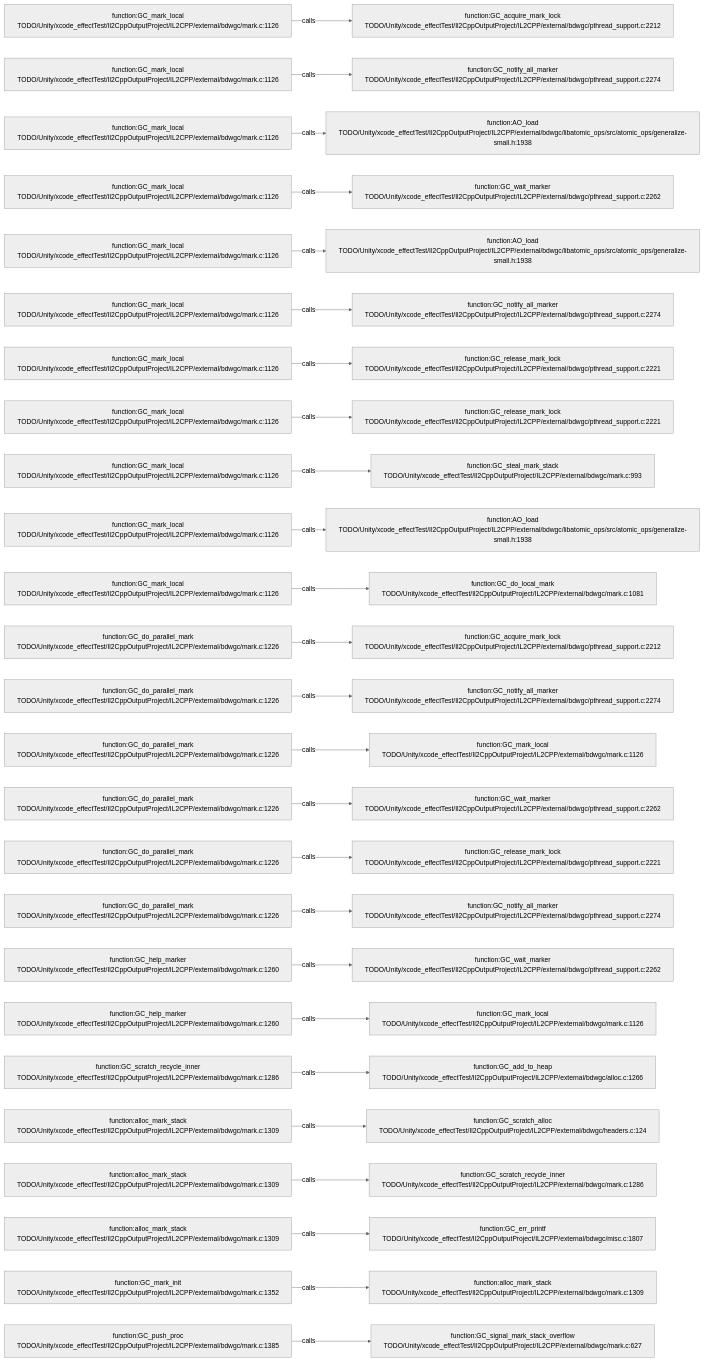
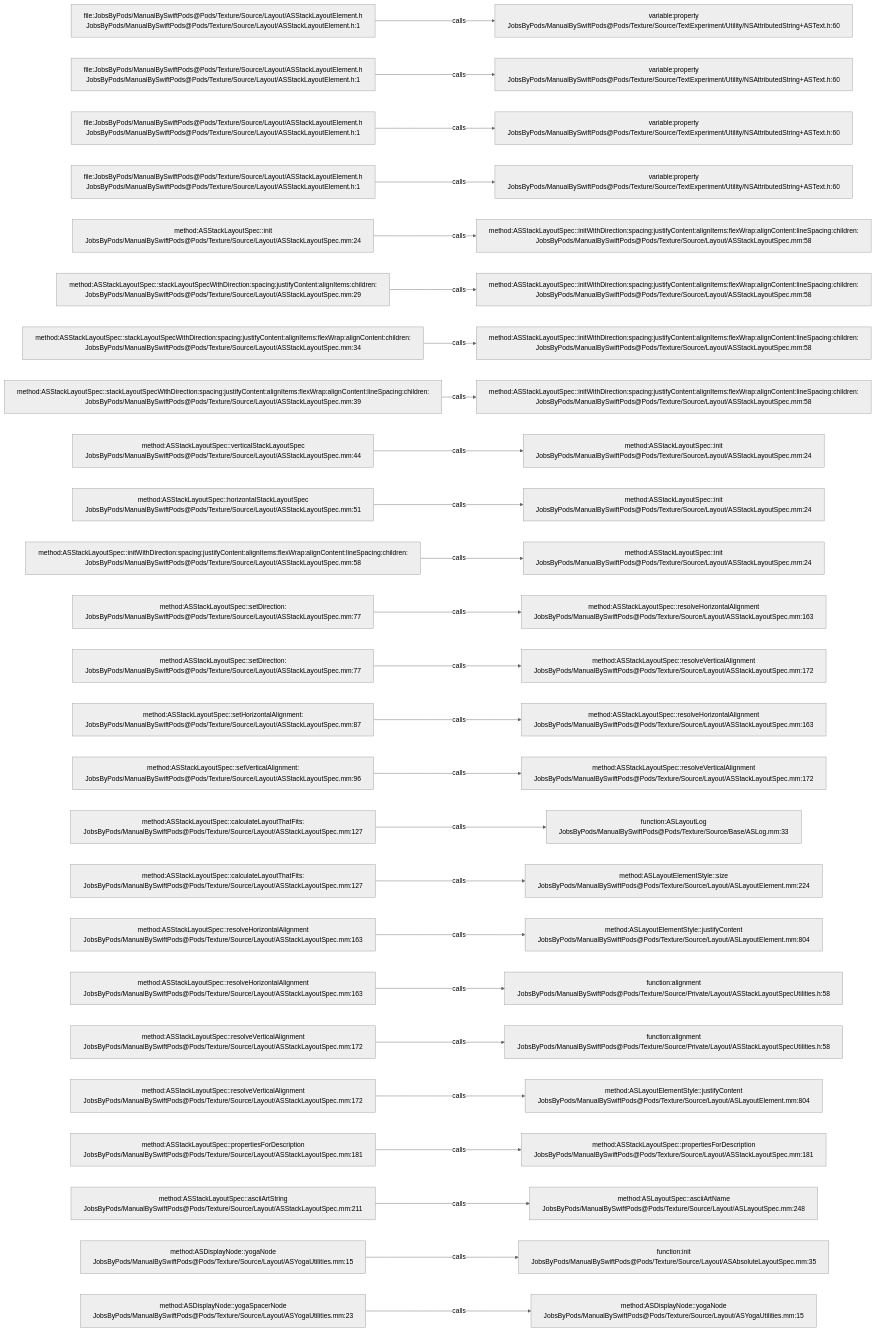
Before and after one commit to JobsKits/JobsSwiftBaseConfigDemo: the diagram in .codegraph/codegraph.md/graphs/calls-132.md, drawn with Mermaid (neutral theme). The commit also changed 2959 other files, not shown here.

````diff
--- a/.codegraph/codegraph.md/graphs/calls-132.md
+++ b/.codegraph/codegraph.md/graphs/calls-132.md
@@ -13,78 +13,78 @@
 ```mermaid
 flowchart LR
-  S1["function:GC_mark_local<br/>TODO/Unity/xcode_effectTest/Il2CppOutputProject/IL2CPP/external/bdwgc/mark.c:1126"]
-  T1["function:GC_acquire_mark_lock<br/>TODO/Unity/xcode_effectTest/Il2CppOutputProject/IL2CPP/external/bdwgc/pthread_support.c:2212"]
+  S1["file:JobsByPods/ManualBySwiftPods@Pods/Texture/Source/Layout/ASStackLayoutElement.h<br/>JobsByPods/ManualBySwiftPods@Pods/Texture/Source/Layout/ASStackLayoutElement.h:1"]
+  T1["variable:property<br/>JobsByPods/ManualBySwiftPods@Pods/Texture/Source/TextExperiment/Utility/NSAttributedString+ASText.h:60"]
   S1 -->|calls| T1
-  S2["function:GC_mark_local<br/>TODO/Unity/xcode_effectTest/Il2CppOutputProject/IL2CPP/external/bdwgc/mark.c:1126"]
-  T2["function:GC_notify_all_marker<br/>TODO/Unity/xcode_effectTest/Il2CppOutputProject/IL2CPP/external/bdwgc/pthread_support.c:2274"]
+  S2["file:JobsByPods/ManualBySwiftPods@Pods/Texture/Source/Layout/ASStackLayoutElement.h<br/>JobsByPods/ManualBySwiftPods@Pods/Texture/Source/Layout/ASStackLayoutElement.h:1"]
+  T2["variable:property<br/>JobsByPods/ManualBySwiftPods@Pods/Texture/Source/TextExperiment/Utility/NSAttributedString+ASText.h:60"]
   S2 -->|calls| T2
-  S3["function:GC_mark_local<br/>TODO/Unity/xcode_effectTest/Il2CppOutputProject/IL2CPP/external/bdwgc/mark.c:1126"]
-  T3["function:AO_load<br/>TODO/Unity/xcode_effectTest/Il2CppOutputProject/IL2CPP/external/bdwgc/libatomic_ops/src/atomic_ops/generalize-small.h:1938"]
+  S3["file:JobsByPods/ManualBySwiftPods@Pods/Texture/Source/Layout/ASStackLayoutElement.h<br/>JobsByPods/ManualBySwiftPods@Pods/Texture/Source/Layout/ASStackLayoutElement.h:1"]
+  T3["variable:property<br/>JobsByPods/ManualBySwiftPods@Pods/Texture/Source/TextExperiment/Utility/NSAttributedString+ASText.h:60"]
   S3 -->|calls| T3
-  S4["function:GC_mark_local<br/>TODO/Unity/xcode_effectTest/Il2CppOutputProject/IL2CPP/external/bdwgc/mark.c:1126"]
-  T4["function:GC_wait_marker<br/>TODO/Unity/xcode_effectTest/Il2CppOutputProject/IL2CPP/external/bdwgc/pthread_support.c:2262"]
+  S4["file:JobsByPods/ManualBySwiftPods@Pods/Texture/Source/Layout/ASStackLayoutElement.h<br/>JobsByPods/ManualBySwiftPods@Pods/Texture/Source/Layout/ASStackLayoutElement.h:1"]
+  T4["variable:property<br/>JobsByPods/ManualBySwiftPods@Pods/Texture/Source/TextExperiment/Utility/NSAttributedString+ASText.h:60"]
   S4 -->|calls| T4
-  S5["function:GC_mark_local<br/>TODO/Unity/xcode_effectTest/Il2CppOutputProject/IL2CPP/external/bdwgc/mark.c:1126"]
-  T5["function:AO_load<br/>TODO/Unity/xcode_effectTest/Il2CppOutputProject/IL2CPP/external/bdwgc/libatomic_ops/src/atomic_ops/generalize-small.h:1938"]
+  S5["method:ASStackLayoutSpec::init<br/>JobsByPods/ManualBySwiftPods@Pods/Texture/Source/Layout/ASStackLayoutSpec.mm:24"]
+  T5["method:ASStackLayoutSpec::initWithDirection:spacing:justifyContent:alignItems:flexWrap:alignContent:lineSpacing:children:<br/>JobsByPods/ManualBySwiftPods@Pods/Texture/Source/Layout/ASStackLayoutSpec.mm:58"]
   S5 -->|calls| T5
-  S6["function:GC_mark_local<br/>TODO/Unity/xcode_effectTest/Il2CppOutputProject/IL2CPP/external/bdwgc/mark.c:1126"]
-  T6["function:GC_notify_all_marker<br/>TODO/Unity/xcode_effectTest/Il2CppOutputProject/IL2CPP/external/bdwgc/pthread_support.c:2274"]
+  S6["method:ASStackLayoutSpec::stackLayoutSpecWithDirection:spacing:justifyContent:alignItems:children:<br/>JobsByPods/ManualBySwiftPods@Pods/Texture/Source/Layout/ASStackLayoutSpec.mm:29"]
+  T6["method:ASStackLayoutSpec::initWithDirection:spacing:justifyContent:alignItems:flexWrap:alignContent:lineSpacing:children:<br/>JobsByPods/ManualBySwiftPods@Pods/Texture/Source/Layout/ASStackLayoutSpec.mm:58"]
   S6 -->|calls| T6
-  S7["function:GC_mark_local<br/>TODO/Unity/xcode_effectTest/Il2CppOutputProject/IL2CPP/external/bdwgc/mark.c:1126"]
-  T7["function:GC_release_mark_lock<br/>TODO/Unity/xcode_effectTest/Il2CppOutputProject/IL2CPP/external/bdwgc/pthread_support.c:2221"]
+  S7["method:ASStackLayoutSpec::stackLayoutSpecWithDirection:spacing:justifyContent:alignItems:flexWrap:alignContent:children:<br/>JobsByPods/ManualBySwiftPods@Pods/Texture/Source/Layout/ASStackLayoutSpec.mm:34"]
+  T7["method:ASStackLayoutSpec::initWithDirection:spacing:justifyContent:alignItems:flexWrap:alignContent:lineSpacing:children:<br/>JobsByPods/ManualBySwiftPods@Pods/Texture/Source/Layout/ASStackLayoutSpec.mm:58"]
   S7 -->|calls| T7
-  S8["function:GC_mark_local<br/>TODO/Unity/xcode_effectTest/Il2CppOutputProject/IL2CPP/external/bdwgc/mark.c:1126"]
-  T8["function:GC_release_mark_lock<br/>TODO/Unity/xcode_effectTest/Il2CppOutputProject/IL2CPP/external/bdwgc/pthread_support.c:2221"]
+  S8["method:ASStackLayoutSpec::stackLayoutSpecWithDirection:spacing:justifyContent:alignItems:flexWrap:alignContent:lineSpacing:children:<br/>JobsByPods/ManualBySwiftPods@Pods/Texture/Source/Layout/ASStackLayoutSpec.mm:39"]
+  T8["method:ASStackLayoutSpec::initWithDirection:spacing:justifyContent:alignItems:flexWrap:alignContent:lineSpacing:children:<br/>JobsByPods/ManualBySwiftPods@Pods/Texture/Source/Layout/ASStackLayoutSpec.mm:58"]
   S8 -->|calls| T8
-  S9["function:GC_mark_local<br/>TODO/Unity/xcode_effectTest/Il2CppOutputProject/IL2CPP/external/bdwgc/mark.c:1126"]
-  T9["function:GC_steal_mark_stack<br/>TODO/Unity/xcode_effectTest/Il2CppOutputProject/IL2CPP/external/bdwgc/mark.c:993"]
+  S9["method:ASStackLayoutSpec::verticalStackLayoutSpec<br/>JobsByPods/ManualBySwiftPods@Pods/Texture/Source/Layout/ASStackLayoutSpec.mm:44"]
+  T9["method:ASStackLayoutSpec::init<br/>JobsByPods/ManualBySwiftPods@Pods/Texture/Source/Layout/ASStackLayoutSpec.mm:24"]
   S9 -->|calls| T9
-  S10["function:GC_mark_local<br/>TODO/Unity/xcode_effectTest/Il2CppOutputProject/IL2CPP/external/bdwgc/mark.c:1126"]
-  T10["function:AO_load<br/>TODO/Unity/xcode_effectTest/Il2CppOutputProject/IL2CPP/external/bdwgc/libatomic_ops/src/atomic_ops/generalize-small.h:1938"]
+  S10["method:ASStackLayoutSpec::horizontalStackLayoutSpec<br/>JobsByPods/ManualBySwiftPods@Pods/Texture/Source/Layout/ASStackLayoutSpec.mm:51"]
+  T10["method:ASStackLayoutSpec::init<br/>JobsByPods/ManualBySwiftPods@Pods/Texture/Source/Layout/ASStackLayoutSpec.mm:24"]
   S10 -->|calls| T10
-  S11["function:GC_mark_local<br/>TODO/Unity/xcode_effectTest/Il2CppOutputProject/IL2CPP/external/bdwgc/mark.c:1126"]
-  T11["function:GC_do_local_mark<br/>TODO/Unity/xcode_effectTest/Il2CppOutputProject/IL2CPP/external/bdwgc/mark.c:1081"]
+  S11["method:ASStackLayoutSpec::initWithDirection:spacing:justifyContent:alignItems:flexWrap:alignContent:lineSpacing:children:<br/>JobsByPods/ManualBySwiftPods@Pods/Texture/Source/Layout/ASStackLayoutSpec.mm:58"]
+  T11["method:ASStackLayoutSpec::init<br/>JobsByPods/ManualBySwiftPods@Pods/Texture/Source/Layout/ASStackLayoutSpec.mm:24"]
   S11 -->|calls| T11
-  S12["function:GC_do_parallel_mark<br/>TODO/Unity/xcode_effectTest/Il2CppOutputProject/IL2CPP/external/bdwgc/mark.c:1226"]
-  T12["function:GC_acquire_mark_lock<br/>TODO/Unity/xcode_effectTest/Il2CppOutputProject/IL2CPP/external/bdwgc/pthread_support.c:2212"]
+  S12["method:ASStackLayoutSpec::setDirection:<br/>JobsByPods/ManualBySwiftPods@Pods/Texture/Source/Layout/ASStackLayoutSpec.mm:77"]
+  T12["method:ASStackLayoutSpec::resolveHorizontalAlignment<br/>JobsByPods/ManualBySwiftPods@Pods/Texture/Source/Layout/ASStackLayoutSpec.mm:163"]
   S12 -->|calls| T12
-  S13["function:GC_do_parallel_mark<br/>TODO/Unity/xcode_effectTest/Il2CppOutputProject/IL2CPP/external/bdwgc/mark.c:1226"]
-  T13["function:GC_notify_all_marker<br/>TODO/Unity/xcode_effectTest/Il2CppOutputProject/IL2CPP/external/bdwgc/pthread_support.c:2274"]
+  S13["method:ASStackLayoutSpec::setDirection:<br/>JobsByPods/ManualBySwiftPods@Pods/Texture/Source/Layout/ASStackLayoutSpec.mm:77"]
+  T13["method:ASStackLayoutSpec::resolveVerticalAlignment<br/>JobsByPods/ManualBySwiftPods@Pods/Texture/Source/Layout/ASStackLayoutSpec.mm:172"]
   S13 -->|calls| T13
-  S14["function:GC_do_parallel_mark<br/>TODO/Unity/xcode_effectTest/Il2CppOutputProject/IL2CPP/external/bdwgc/mark.c:1226"]
-  T14["function:GC_mark_local<br/>TODO/Unity/xcode_effectTest/Il2CppOutputProject/IL2CPP/external/bdwgc/mark.c:1126"]
+  S14["method:ASStackLayoutSpec::setHorizontalAlignment:<br/>JobsByPods/ManualBySwiftPods@Pods/Texture/Source/Layout/ASStackLayoutSpec.mm:87"]
+  T14["method:ASStackLayoutSpec::resolveHorizontalAlignment<br/>JobsByPods/ManualBySwiftPods@Pods/Texture/Source/Layout/ASStackLayoutSpec.mm:163"]
   S14 -->|calls| T14
-  S15["function:GC_do_parallel_mark<br/>TODO/Unity/xcode_effectTest/Il2CppOutputProject/IL2CPP/external/bdwgc/mark.c:1226"]
-  T15["function:GC_wait_marker<br/>TODO/Unity/xcode_effectTest/Il2CppOutputProject/IL2CPP/external/bdwgc/pthread_support.c:2262"]
+  S15["method:ASStackLayoutSpec::setVerticalAlignment:<br/>JobsByPods/ManualBySwiftPods@Pods/Texture/Source/Layout/ASStackLayoutSpec.mm:96"]
+  T15["method:ASStackLayoutSpec::resolveVerticalAlignment<br/>JobsByPods/ManualBySwiftPods@Pods/Texture/Source/Layout/ASStackLayoutSpec.mm:172"]
   S15 -->|calls| T15
-  S16["function:GC_do_parallel_mark<br/>TODO/Unity/xcode_effectTest/Il2CppOutputProject/IL2CPP/external/bdwgc/mark.c:1226"]
-  T16["function:GC_release_mark_lock<br/>TODO/Unity/xcode_effectTest/Il2CppOutputProject/IL2CPP/external/bdwgc/pthread_support.c:2221"]
+  S16["method:ASStackLayoutSpec::calculateLayoutThatFits:<br/>JobsByPods/ManualBySwiftPods@Pods/Texture/Source/Layout/ASStackLayoutSpec.mm:127"]
+  T16["function:ASLayoutLog<br/>JobsByPods/ManualBySwiftPods@Pods/Texture/Source/Base/ASLog.mm:33"]
   S16 -->|calls| T16
-  S17["function:GC_do_parallel_mark<br/>TODO/Unity/xcode_effectTest/Il2CppOutputProject/IL2CPP/external/bdwgc/mark.c:1226"]
-  T17["function:GC_notify_all_marker<br/>TODO/Unity/xcode_effectTest/Il2CppOutputProject/IL2CPP/external/bdwgc/pthread_support.c:2274"]
+  S17["method:ASStackLayoutSpec::calculateLayoutThatFits:<br/>JobsByPods/ManualBySwiftPods@Pods/Texture/Source/Layout/ASStackLayoutSpec.mm:127"]
+  T17["method:ASLayoutElementStyle::size<br/>JobsByPods/ManualBySwiftPods@Pods/Texture/Source/Layout/ASLayoutElement.mm:224"]
   S17 -->|calls| T17
-  S18["function:GC_help_marker<br/>TODO/Unity/xcode_effectTest/Il2CppOutputProject/IL2CPP/external/bdwgc/mark.c:1260"]
-  T18["function:GC_wait_marker<br/>TODO/Unity/xcode_effectTest/Il2CppOutputProject/IL2CPP/external/bdwgc/pthread_support.c:2262"]
+  S18["method:ASStackLayoutSpec::resolveHorizontalAlignment<br/>JobsByPods/ManualBySwiftPods@Pods/Texture/Source/Layout/ASStackLayoutSpec.mm:163"]
+  T18["method:ASLayoutElementStyle::justifyContent<br/>JobsByPods/ManualBySwiftPods@Pods/Texture/Source/Layout/ASLayoutElement.mm:804"]
   S18 -->|calls| T18
-  S19["function:GC_help_marker<br/>TODO/Unity/xcode_effectTest/Il2CppOutputProject/IL2CPP/external/bdwgc/mark.c:1260"]
-  T19["function:GC_mark_local<br/>TODO/Unity/xcode_effectTest/Il2CppOutputProject/IL2CPP/external/bdwgc/mark.c:1126"]
+  S19["method:ASStackLayoutSpec::resolveHorizontalAlignment<br/>JobsByPods/ManualBySwiftPods@Pods/Texture/Source/Layout/ASStackLayoutSpec.mm:163"]
+  T19["function:alignment<br/>JobsByPods/ManualBySwiftPods@Pods/Texture/Source/Private/Layout/ASStackLayoutSpecUtilities.h:58"]
   S19 -->|calls| T19
-  S20["function:GC_scratch_recycle_inner<br/>TODO/Unity/xcode_effectTest/Il2CppOutputProject/IL2CPP/external/bdwgc/mark.c:1286"]
-  T20["function:GC_add_to_heap<br/>TODO/Unity/xcode_effectTest/Il2CppOutputProject/IL2CPP/external/bdwgc/alloc.c:1266"]
+  S20["method:ASStackLayoutSpec::resolveVerticalAlignment<br/>JobsByPods/ManualBySwiftPods@Pods/Texture/Source/Layout/ASStackLayoutSpec.mm:172"]
+  T20["function:alignment<br/>JobsByPods/ManualBySwiftPods@Pods/Texture/Source/Private/Layout/ASStackLayoutSpecUtilities.h:58"]
   S20 -->|calls| T20
-  S21["function:alloc_mark_stack<br/>TODO/Unity/xcode_effectTest/Il2CppOutputProject/IL2CPP/external/bdwgc/mark.c:1309"]
-  T21["function:GC_scratch_alloc<br/>TODO/Unity/xcode_effectTest/Il2CppOutputProject/IL2CPP/external/bdwgc/headers.c:124"]
+  S21["method:ASStackLayoutSpec::resolveVerticalAlignment<br/>JobsByPods/ManualBySwiftPods@Pods/Texture/Source/Layout/ASStackLayoutSpec.mm:172"]
+  T21["method:ASLayoutElementStyle::justifyContent<br/>JobsByPods/ManualBySwiftPods@Pods/Texture/Source/Layout/ASLayoutElement.mm:804"]
   S21 -->|calls| T21
-  S22["function:alloc_mark_stack<br/>TODO/Unity/xcode_effectTest/Il2CppOutputProject/IL2CPP/external/bdwgc/mark.c:1309"]
-  T22["function:GC_scratch_recycle_inner<br/>TODO/Unity/xcode_effectTest/Il2CppOutputProject/IL2CPP/external/bdwgc/mark.c:1286"]
+  S22["method:ASStackLayoutSpec::propertiesForDescription<br/>JobsByPods/ManualBySwiftPods@Pods/Texture/Source/Layout/ASStackLayoutSpec.mm:181"]
+  T22["method:ASStackLayoutSpec::propertiesForDescription<br/>JobsByPods/ManualBySwiftPods@Pods/Texture/Source/Layout/ASStackLayoutSpec.mm:181"]
   S22 -->|calls| T22
-  S23["function:alloc_mark_stack<br/>TODO/Unity/xcode_effectTest/Il2CppOutputProject/IL2CPP/external/bdwgc/mark.c:1309"]
-  T23["function:GC_err_printf<br/>TODO/Unity/xcode_effectTest/Il2CppOutputProject/IL2CPP/external/bdwgc/misc.c:1807"]
+  S23["method:ASStackLayoutSpec::asciiArtString<br/>JobsByPods/ManualBySwiftPods@Pods/Texture/Source/Layout/ASStackLayoutSpec.mm:211"]
+  T23["method:ASLayoutSpec::asciiArtName<br/>JobsByPods/ManualBySwiftPods@Pods/Texture/Source/Layout/ASLayoutSpec.mm:248"]
   S23 -->|calls| T23
-  S24["function:GC_mark_init<br/>TODO/Unity/xcode_effectTest/Il2CppOutputProject/IL2CPP/external/bdwgc/mark.c:1352"]
-  T24["function:alloc_mark_stack<br/>TODO/Unity/xcode_effectTest/Il2CppOutputProject/IL2CPP/external/bdwgc/mark.c:1309"]
+  S24["method:ASDisplayNode::yogaNode<br/>JobsByPods/ManualBySwiftPods@Pods/Texture/Source/Layout/ASYogaUtilities.mm:15"]
+  T24["function:init<br/>JobsByPods/ManualBySwiftPods@Pods/Texture/Source/Layout/ASAbsoluteLayoutSpec.mm:35"]
   S24 -->|calls| T24
-  S25["function:GC_push_proc<br/>TODO/Unity/xcode_effectTest/Il2CppOutputProject/IL2CPP/external/bdwgc/mark.c:1385"]
-  T25["function:GC_signal_mark_stack_overflow<br/>TODO/Unity/xcode_effectTest/Il2CppOutputProject/IL2CPP/external/bdwgc/mark.c:627"]
+  S25["method:ASDisplayNode::yogaSpacerNode<br/>JobsByPods/ManualBySwiftPods@Pods/Texture/Source/Layout/ASYogaUtilities.mm:23"]
+  T25["method:ASDisplayNode::yogaNode<br/>JobsByPods/ManualBySwiftPods@Pods/Texture/Source/Layout/ASYogaUtilities.mm:15"]
   S25 -->|calls| T25
 ```
````
